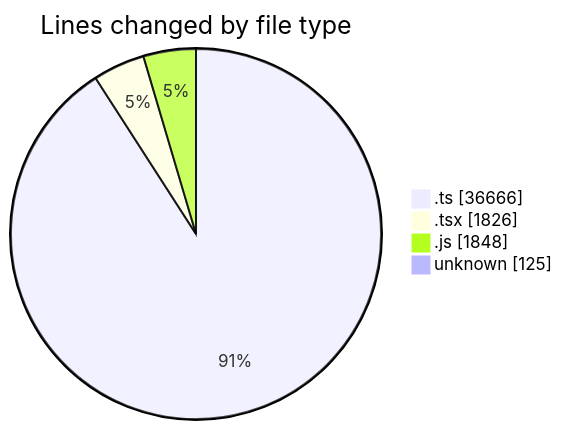
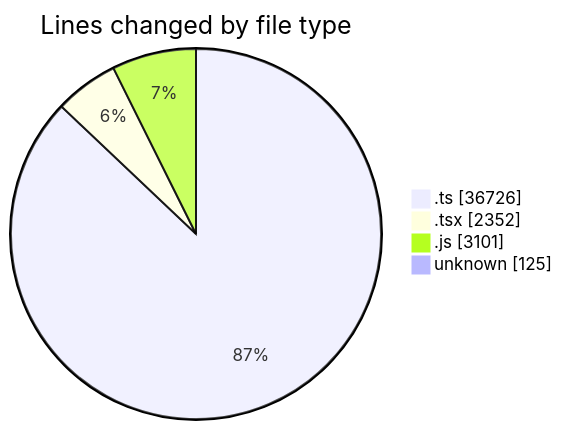
One commit to momahboobian/code-tracking changed the first of 2 diagrams in 2026-09-18/cda/README.md. Above: the diagram before and after it, drawn with Mermaid. The commit also changed other lines of this file and 1 other file, not shown here.

````diff
--- a/2026-09-18/cda/README.md
+++ b/2026-09-18/cda/README.md
@@ -41,8 +49,8 @@
 ```mermaid
 pie showData
 title Lines changed by file type
-".ts" : 36666
-".tsx" : 1826
-".js" : 1848
+".ts" : 36726
+".tsx" : 2352
+".js" : 3101
 "unknown" : 125
 ```
````
